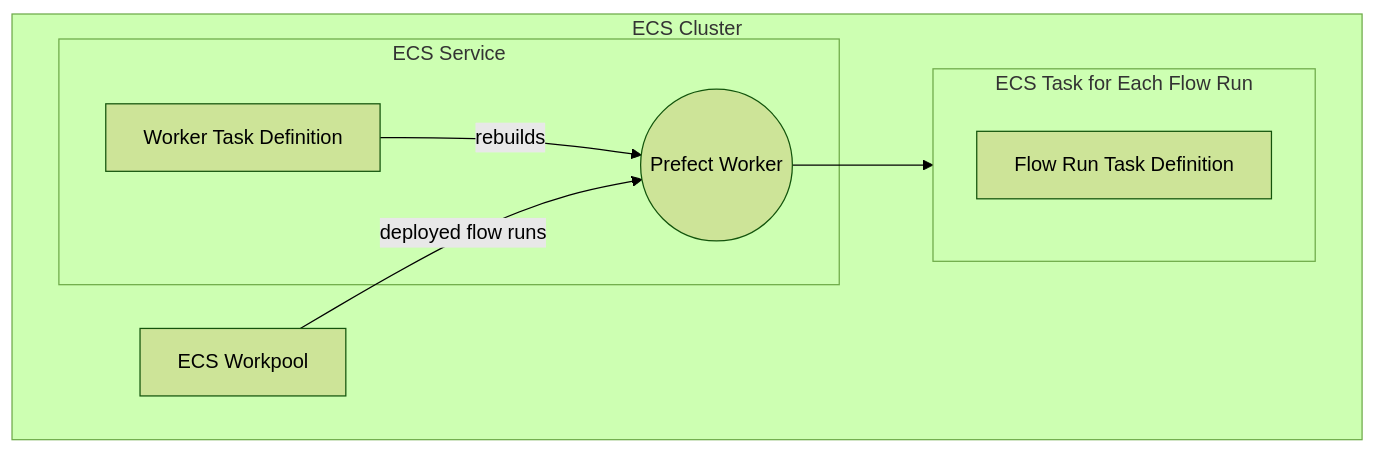
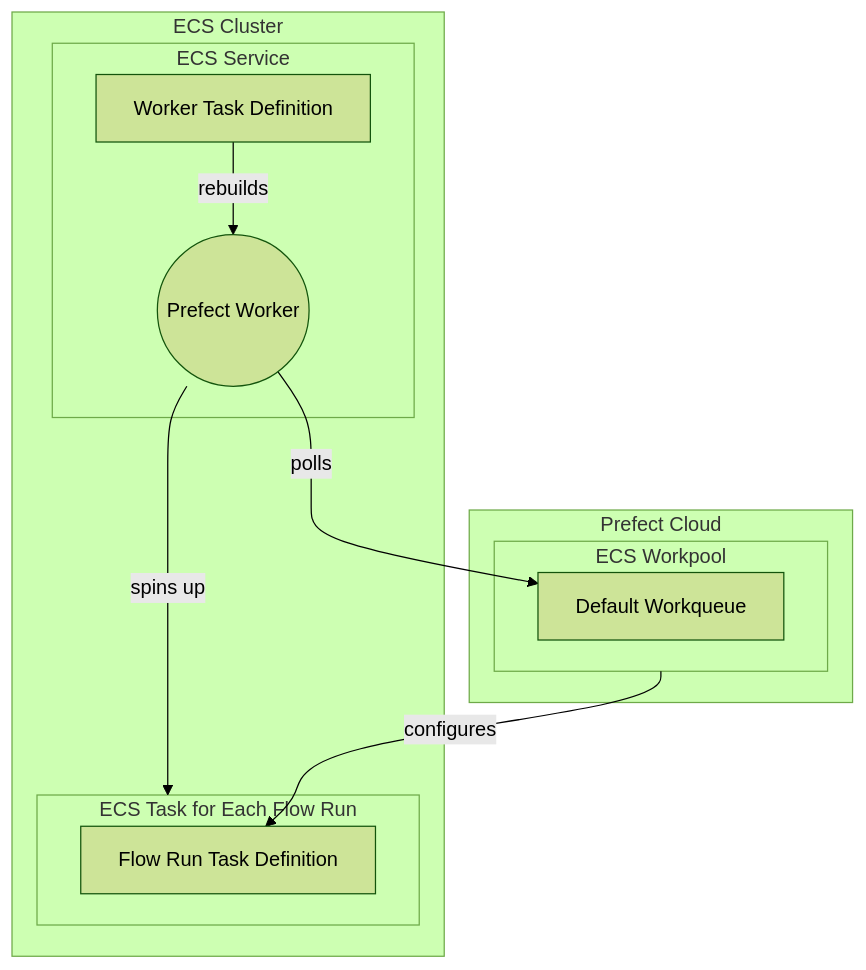
Before and after one commit to PrefectHQ/prefect: the diagram in docs/guides/deployment/ecs-flow-run-infra.md, drawn with Mermaid (forest theme). The commit also changed other lines of this file, not shown here.

Commit message:
updating mermaid diagram

````diff
--- a/docs/guides/deployment/ecs-flow-run-infra.md
+++ b/docs/guides/deployment/ecs-flow-run-infra.md
@@ -5,18 +5,28 @@
 ```mermaid
 graph TB
     subgraph ecs_cluster[ECS Cluster]
-
+  
         subgraph ecs_service[ECS Service]
             td_worker[Worker Task Definition] -- rebuilds --> prefect_worker((Prefect Worker))
         end
 
-        prefect_worker --> ecs_task
-
-        prefect_workpool[ECS Workpool] -- deployed flow runs --> prefect_worker
+        prefect_worker -- spins up --> ecs_task
 
         subgraph ecs_task[ECS Task for Each Flow Run]
-            flow_run_task_definition[Flow Run Task Definition]
+            fr_task_definition[Flow Run Task Definition]
         end
+    end
 
+    subgraph prefect_cloud[Prefect Cloud]
+
+        subgraph prefect_workpool[ECS Workpool]
+
+        default_workqueue[Default Workqueue]
+    
+        end
     end
+
+        prefect_workpool -- configures --> fr_task_definition
+
+        prefect_worker -- polls --> default_workqueue
 ```
````
